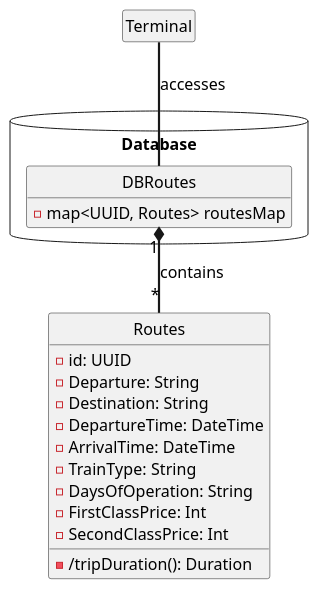
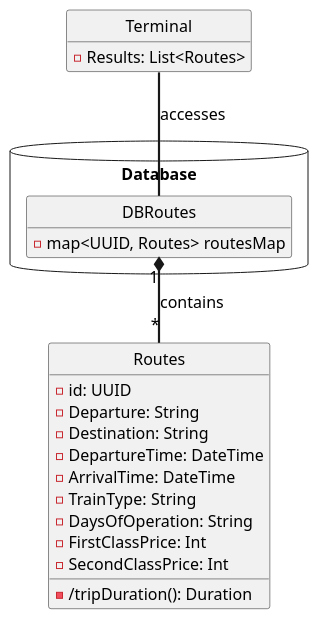
The diagram in docs/domain.plantuml (Cimpo1/SOEN342_2025), drawn with PlantUML before and after one commit. The commit also changed 4 other files, not shown here.

```diff
--- a/docs/domain.plantuml
+++ b/docs/domain.plantuml
@@ -1,46 +1,47 @@
 @startuml Domain Model
 skinparam style strictuml
 skinparam DefaultFontName Arial
 skinparam DefaultFontSize 16
 skinparam DefaultFontStyle bold
 skinparam ArrowThickness 2.2
 hide empty members
 
 class "Terminal" as terminal {
+    - Results: List<Routes>
 }
 
 class "Routes" as routes {
     - id: UUID
     - Departure: String
     - Destination: String
     - DepartureTime: DateTime
     - ArrivalTime: DateTime
     - TrainType: String
     - DaysOfOperation: String
     - FirstClassPrice: Int
     - SecondClassPrice: Int
     - /tripDuration(): Duration
 }
 
 package "Database" <<Database>> {
     class "DBRoutes" as DBRoutes {
         - map<UUID, Routes> routesMap
     }
 }
 
 
 terminal  -- DBRoutes : "accesses"
 
 DBRoutes "1" *-- "*" routes : "contains"
 
 
 
 
 
 
 
 
 
 
 
 @enduml
```
